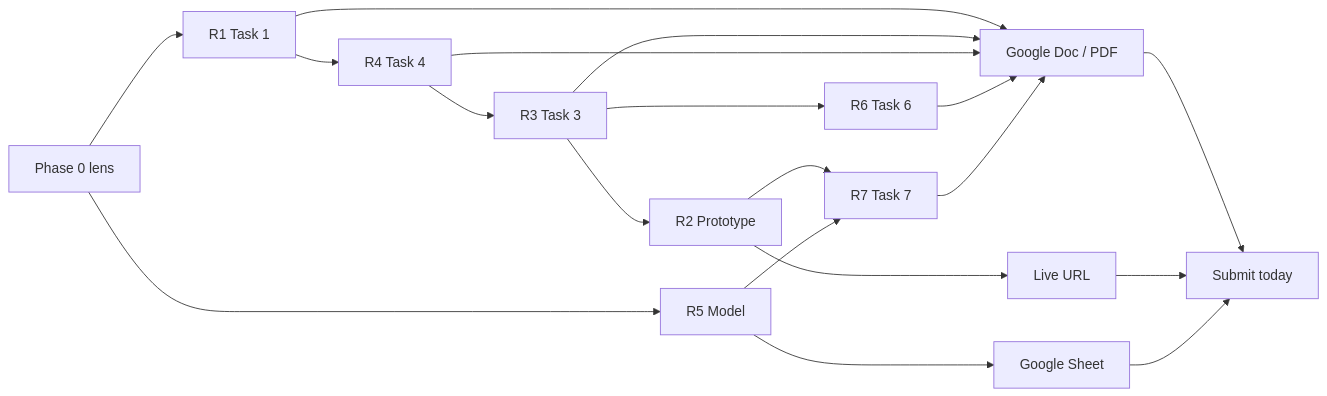
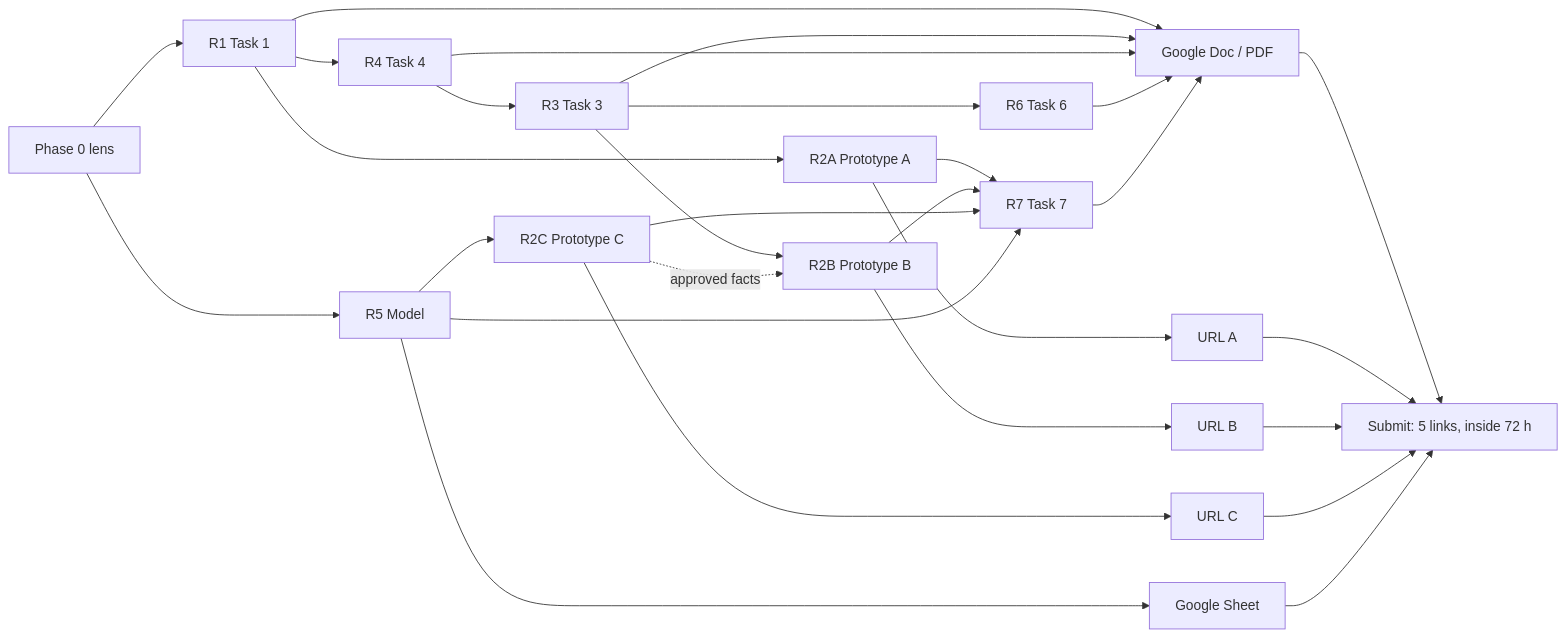
One commit to bhawnamanglapm/Franchise-in-a-Box-OS changed the seventh of 8 diagrams in docs/architecture.md. Above: the diagram before and after it, drawn with Mermaid. The commit also changed other lines of this file and 7 other files, not shown here.

First line of the commit message:
Update README, decisions, architecture and diagrams for three prototypes

````diff
--- a/docs/architecture.md
+++ b/docs/architecture.md
@@ -229,21 +254,30 @@
 ```mermaid
 flowchart LR
   L["Phase 0 lens"] --> R1["R1 Task 1"]
   R1 --> R4["R4 Task 4"]
   R4 --> R3["R3 Task 3"]
-  R3 --> R2["R2 Prototype"]
+  R3 --> R2B["R2B Prototype B"]
   L --> R5["R5 Model"]
+  R5 --> R2C["R2C Prototype C"]
+  R2C -. "approved facts" .-> R2B
+  R1 --> R2A["R2A Prototype A"]
   R3 --> R6["R6 Task 6"]
-  R2 --> R7["R7 Task 7"]
+  R2A --> R7["R7 Task 7"]
+  R2B --> R7
+  R2C --> R7
   R5 --> R7
   R1 --> DOC["Google Doc / PDF"]
   R3 --> DOC
   R4 --> DOC
   R6 --> DOC
   R7 --> DOC
-  R2 --> URL["Live URL"]
+  R2A --> URLA["URL A"]
+  R2B --> URLB["URL B"]
+  R2C --> URLC["URL C"]
   R5 --> SHEET["Google Sheet"]
-  DOC --> SUB["Submit today"]
-  URL --> SUB
+  DOC --> SUB["Submit: 5 links, inside 72 h"]
+  URLA --> SUB
+  URLB --> SUB
+  URLC --> SUB
   SHEET --> SUB
 ```
````
